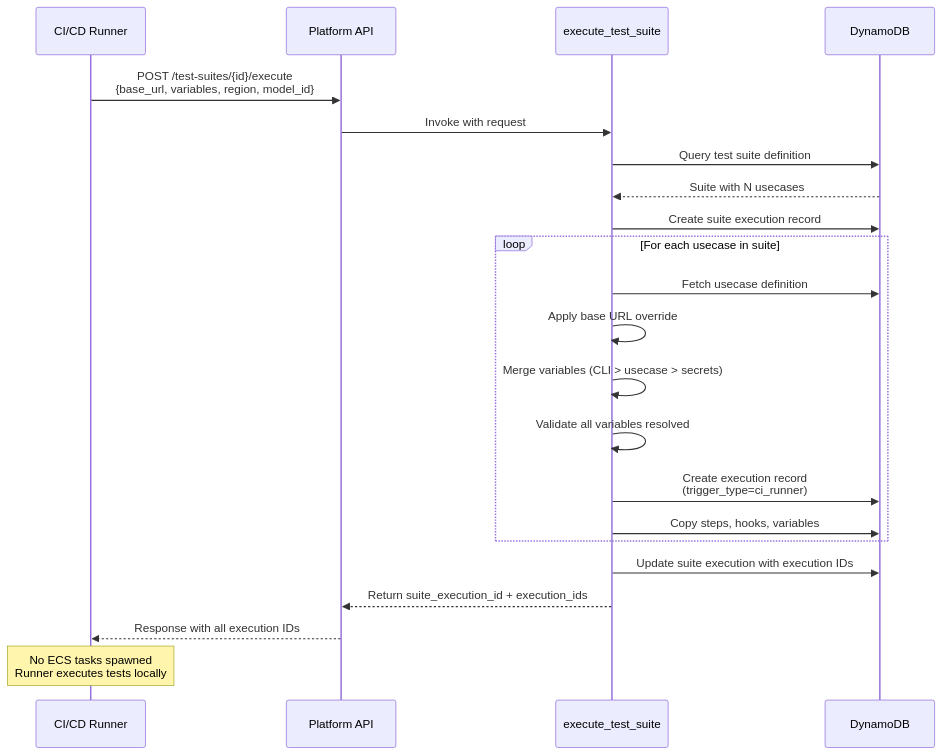
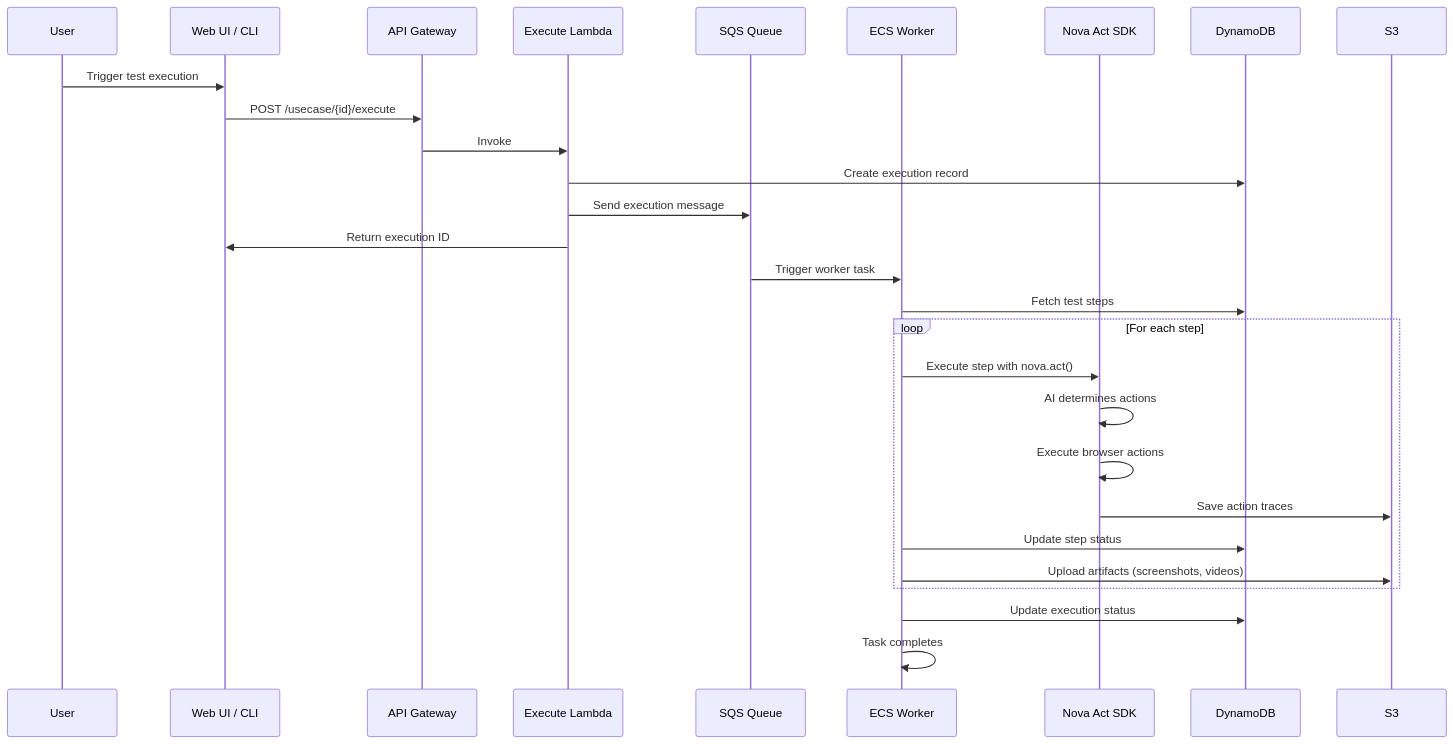
Before and after one commit to aws-samples/sample-qa-studio: the fourth of 5 diagrams in docs/architecture.md, drawn with Mermaid. The commit also changed other lines of this file and 12 other files, not shown here.

````diff
--- a/docs/architecture.md
+++ b/docs/architecture.md
@@ -124,30 +144,34 @@
 ```mermaid
 sequenceDiagram
-    participant Runner as CI/CD Runner
-    participant API as Platform API
-    participant Lambda as execute_test_suite
-    participant DDB as DynamoDB
+    participant User
+    participant WebUI as Web UI / CLI
+    participant API as API Gateway
+    participant Lambda as Execute Lambda
+    participant SQS as SQS Queue
+    participant ECS as ECS Worker
+    participant NovaAct as Nova Act SDK
+    participant DynamoDB
+    participant S3
     
-    Runner->>API: POST /test-suites/{id}/execute<br/>{base_url, variables, region, model_id}
-    API->>Lambda: Invoke with request
+    User->>WebUI: Trigger test execution
+    WebUI->>API: POST /usecase/{id}/execute
+    API->>Lambda: Invoke
+    Lambda->>DynamoDB: Create execution record
+    Lambda->>SQS: Send execution message
+    Lambda->>WebUI: Return execution ID
     
-    Lambda->>DDB: Query test suite definition
-    DDB-->>Lambda: Suite with N usecases
+    SQS->>ECS: Trigger worker task
+    ECS->>DynamoDB: Fetch test steps
     
-    Lambda->>DDB: Create suite execution record
-    
-    loop For each usecase in suite
-        Lambda->>DDB: Fetch usecase definition
-        Lambda->>Lambda: Apply base URL override
-        Lambda->>Lambda: Merge variables (CLI > usecase > secrets)
-        Lambda->>Lambda: Validate all variables resolved
-        Lambda->>DDB: Create execution record<br/>(trigger_type=ci_runner)
-        Lambda->>DDB: Copy steps, hooks, variables
+    loop For each step
+        ECS->>NovaAct: Execute step with nova.act()
+        NovaAct->>NovaAct: AI determines actions
+        NovaAct->>NovaAct: Execute browser actions
+        NovaAct->>S3: Save action traces
+        ECS->>DynamoDB: Update step status
+        ECS->>S3: Upload artifacts (screenshots, videos)
     end
     
-    Lambda->>DDB: Update suite execution with execution IDs
-    Lambda-->>API: Return suite_execution_id + execution_ids
-    API-->>Runner: Response with all execution IDs
-    
-    Note over Runner: No ECS tasks spawned<br/>Runner executes tests locally
+    ECS->>DynamoDB: Update execution status
+    ECS->>ECS: Task completes
 ```
````
